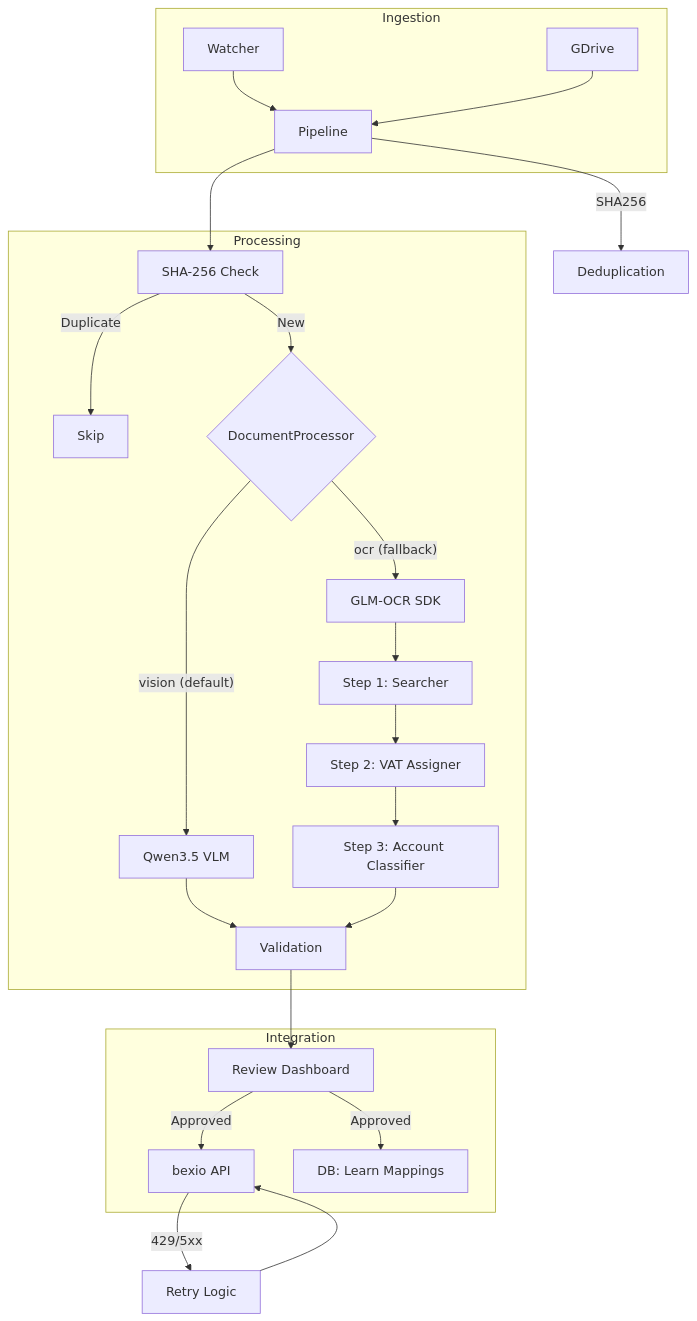
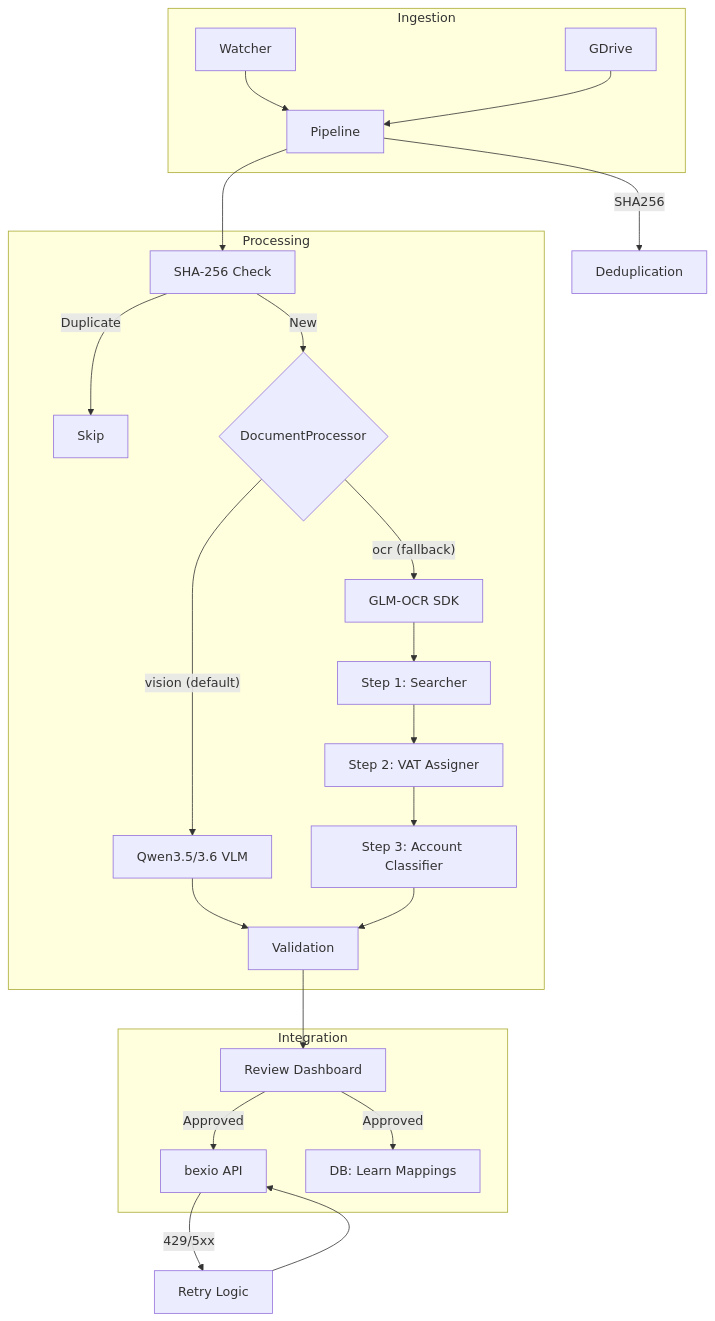
The diagram in README.md (tazztone/bexio-receipts), drawn with Mermaid before and after one commit. The commit also changed other lines of this file and 8 other files, not shown here.

Commit message:
feat: add Qwen 3.6 Vision support and optimize VLM performance docs

````diff
--- a/README.md
+++ b/README.md
@@ -65,30 +65,30 @@
 ```mermaid
 graph TD
     subgraph Ingestion
         FW["Watcher"] --> P["Pipeline"]
         GD["GDrive"] --> P
     end
 
     subgraph Processing
         P --> DB_Hash[SHA-256 Check]
         DB_Hash -- Duplicate --> Skip[Skip]
         DB_Hash -- New --> DP{DocumentProcessor}
-        DP -- "vision (default)" --> VLM[Qwen3.5 VLM]
+        DP -- "vision (default)" --> VLM[Qwen3.5/3.6 VLM]
         DP -- "ocr (fallback)" --> OCR_SDK[GLM-OCR SDK]
         VLM --> VAL[Validation]
         OCR_SDK --> LLM_S1[Step 1: Searcher]
         LLM_S1 --> LLM_S2[Step 2: VAT Assigner]
         LLM_S2 --> LLM_S3[Step 3: Account Classifier]
         LLM_S3 --> VAL
     end
 
     subgraph Integration
         VAL --> RD["Review Dashboard"]
         RD -- Approved --> BEX["bexio API"]
         RD -- Approved --> DB_Learn[DB: Learn Mappings]
     end
 
     BEX -- 429/5xx --> Retry["Retry Logic"]
     Retry --> BEX
     P -- SHA256 --> DB["Deduplication"]
 ```
````
